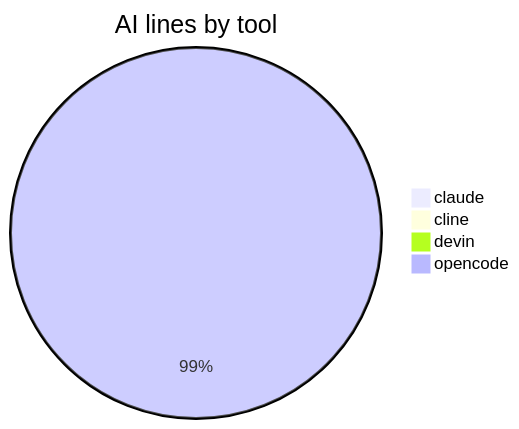
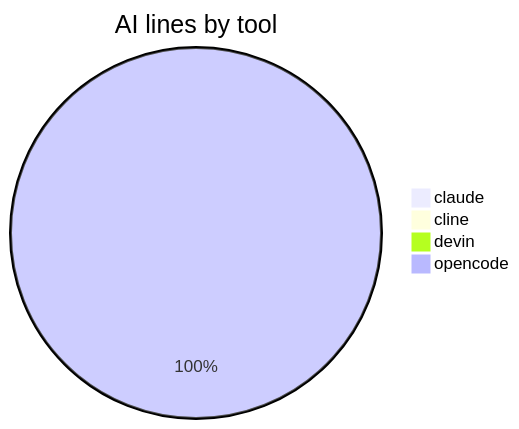
Before and after one commit to CaliMark/game-of-life: the second of 4 diagrams in AI-AUTHORSHIP.md, drawn with Mermaid. The commit also changed other lines of this file and 1 other file, not shown here.

````diff
--- a/AI-AUTHORSHIP.md
+++ b/AI-AUTHORSHIP.md
@@ -45,7 +36,7 @@
 ```mermaid
 pie title AI lines by tool
     "claude" : 1
-    "cline" : 2
+    "cline" : 1
     "devin" : 1
     "opencode" : 608
 ```
````
